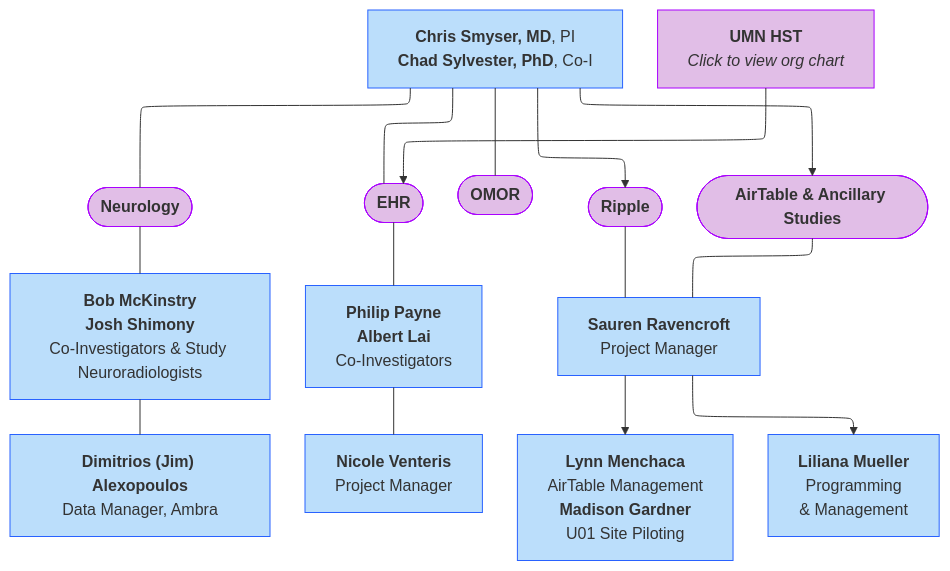
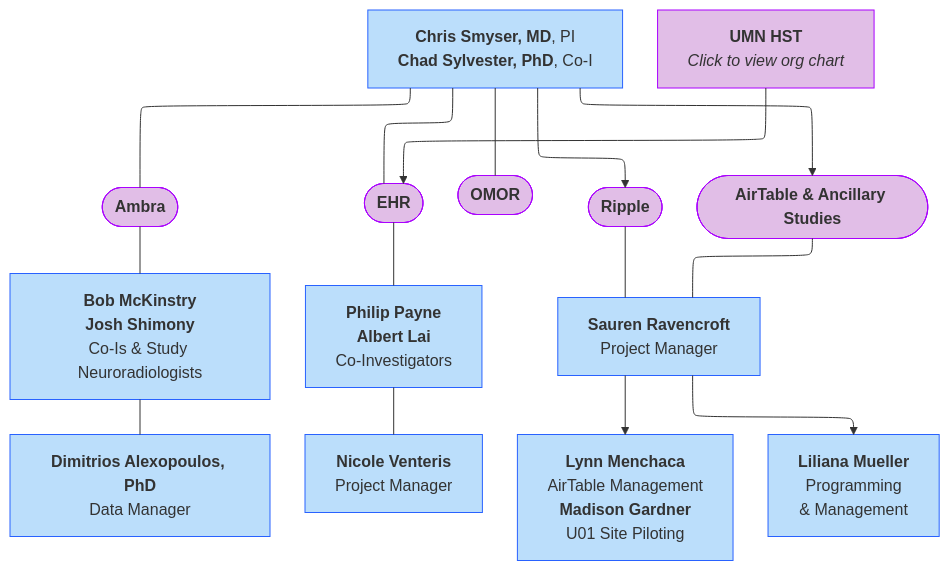
Before and after one commit to DCAN-Labs/hbcd-docs-internal: the ninth of 10 diagrams in docs/orgcharts.md, drawn with Mermaid. The commit also changed other lines of this file, not shown here.

Commit message:
change neurology under WashU to Ambra

````diff
--- a/docs/orgcharts.md
+++ b/docs/orgcharts.md
@@ -451,32 +451,35 @@
 ```mermaid
 ---
 config:
   layout: elk
 ---
 flowchart TB
-    A["<b>Chris Smyser, MD</b>, PI<br><b>Chad Sylvester, PhD</b>, Co-I"] --- neurology(["<b>Neurology</b>"]) & C(["<b>EHR</b><br>"]) & n11(["<b>OMOR</b>"])
-    neurology --- n1["<b>Bob McKinstry</b><br><b>Josh Shimony</b><br>Co-Investigators &amp; Study Neuroradiologists"]
-    n1 --- n2["<b>Dimitrios (Jim) Alexopoulos</b><br>Data Manager, Ambra"]
+    A["<b>Chris Smyser, MD</b>, PI<br><b>Chad Sylvester, PhD</b>, Co-I"] --- ambra(["<b>Ambra</b>"]) & C(["<b>EHR</b><br>"]) & n11(["<b>OMOR</b>"])
+    ambra --- n1["<b>Bob McKinstry</b><br><b>Josh Shimony</b><br>Co-Is &amp; Study Neuroradiologists"]
+    n1 --- n2["<b>Dimitrios Alexopoulos, PhD</b><br>Data Manager"]
     C --- n3["<b>Philip Payne</b><br><b>Albert Lai</b><br>Co-Investigators"]
     n3 --- n4["<b>Nicole Venteris</b><br>Project Manager"]
     n12["<b>UMN HST</b><br><i>Click to view org chart</i>"] --> C
     n5(["<b>Ripple</b>"]) --- B["<b>Sauren Ravencroft</b><br>Project Manager"]
     A --> n5 & n6(["<b>AirTable &amp; Ancillary Studies</b>"])
     B --> n8["<b>Lynn Menchaca</b><br>AirTable Management<br><b>Madison Gardner</b><br>U01 Site Piloting"] & n9["<b>Liliana Mueller</b><br>Programming<br>&amp; Management"]
     n6 --- B
     style A fill:#BBDEFB,stroke:#2962FF
-    style neurology fill:#E1BEE7,stroke:#AA00FF
+    style ambra fill:#E1BEE7,stroke:#AA00FF
     style C fill:#E1BEE7,stroke:#AA00FF
     style n11 fill:#E1BEE7,stroke:#AA00FF
     style n1 fill:#BBDEFB,stroke:#2962FF
     style n2 fill:#BBDEFB,stroke:#2962FF
     style n3 fill:#BBDEFB,stroke:#2962FF
     style n4 fill:#BBDEFB,stroke:#2962FF
     style n12 fill:#E1BEE7,stroke:#AA00FF
     style n5 fill:#E1BEE7,stroke:#AA00FF
     style B fill:#BBDEFB,stroke:#2962FF
     style n6 fill:#E1BEE7,stroke:#AA00FF
     style n8 fill:#BBDEFB,stroke:#2962FF
     style n9 fill:#BBDEFB,stroke:#2962FF
+    click ambra "#ambra"
     click n12 "#health-sciences-technology"
+    click n5 "#ripple-science"
+    click n6 "#airtable"
 ```
````
